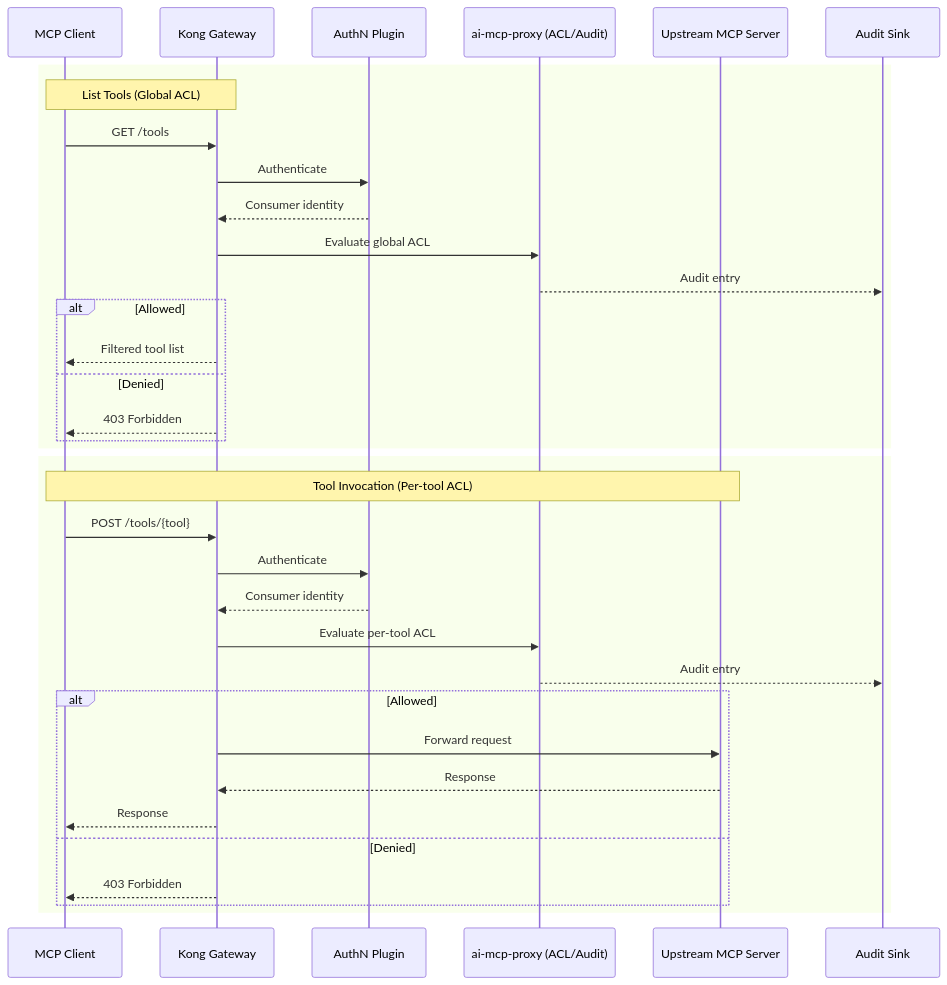
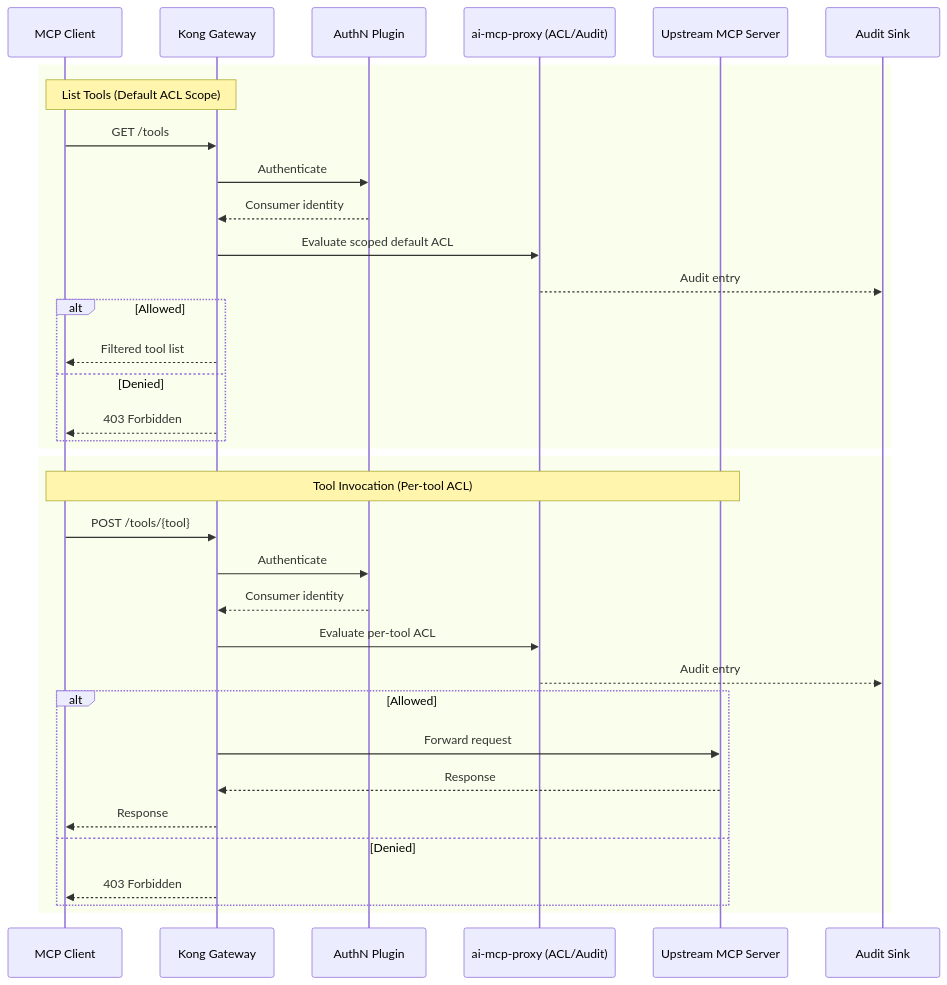
One commit to Kong/developer.konghq.com changed the second of 2 diagrams in app/_kong_plugins/ai-mcp-proxy/index.md. Above: the diagram before and after it, drawn with Mermaid. The commit also changed other lines of this file and 3 other files, not shown here.

```diff
--- a/app/_kong_plugins/ai-mcp-proxy/index.md
+++ b/app/_kong_plugins/ai-mcp-proxy/index.md
@@ -246,41 +318,41 @@
 {% mermaid %}
 sequenceDiagram
   participant Client as MCP Client
   participant Kong as Kong Gateway
   participant Auth as AuthN Plugin
   participant ACL as ai-mcp-proxy (ACL/Audit)
   participant Up as Upstream MCP Server
   participant Log as Audit Sink
 
   %% ----- List Tools -----
   rect
-    note over Client,Kong: List Tools (Global ACL)
+    note over Client,Kong: List Tools (Default ACL Scope)
     Client->>Kong: GET /tools
     Kong->>Auth: Authenticate
     Auth-->>Kong: Consumer identity
-    Kong->>ACL: Evaluate global ACL
+    Kong->>ACL: Evaluate scoped default ACL
     ACL-->>Log: Audit entry
     alt Allowed
       Kong-->>Client: Filtered tool list
     else Denied
       Kong-->>Client: 403 Forbidden
     end
   end
 
   %% ----- Tool Invocation -----
   rect
     note over Client,Up: Tool Invocation (Per-tool ACL)
     Client->>Kong: POST /tools/{tool}
     Kong->>Auth: Authenticate
     Auth-->>Kong: Consumer identity
     Kong->>ACL: Evaluate per-tool ACL
     ACL-->>Log: Audit entry
     alt Allowed
       Kong->>Up: Forward request
       Up-->>Kong: Response
       Kong-->>Client: Response
     else Denied
       Kong-->>Client: 403 Forbidden
     end
   end
 {% endmermaid %}
```
